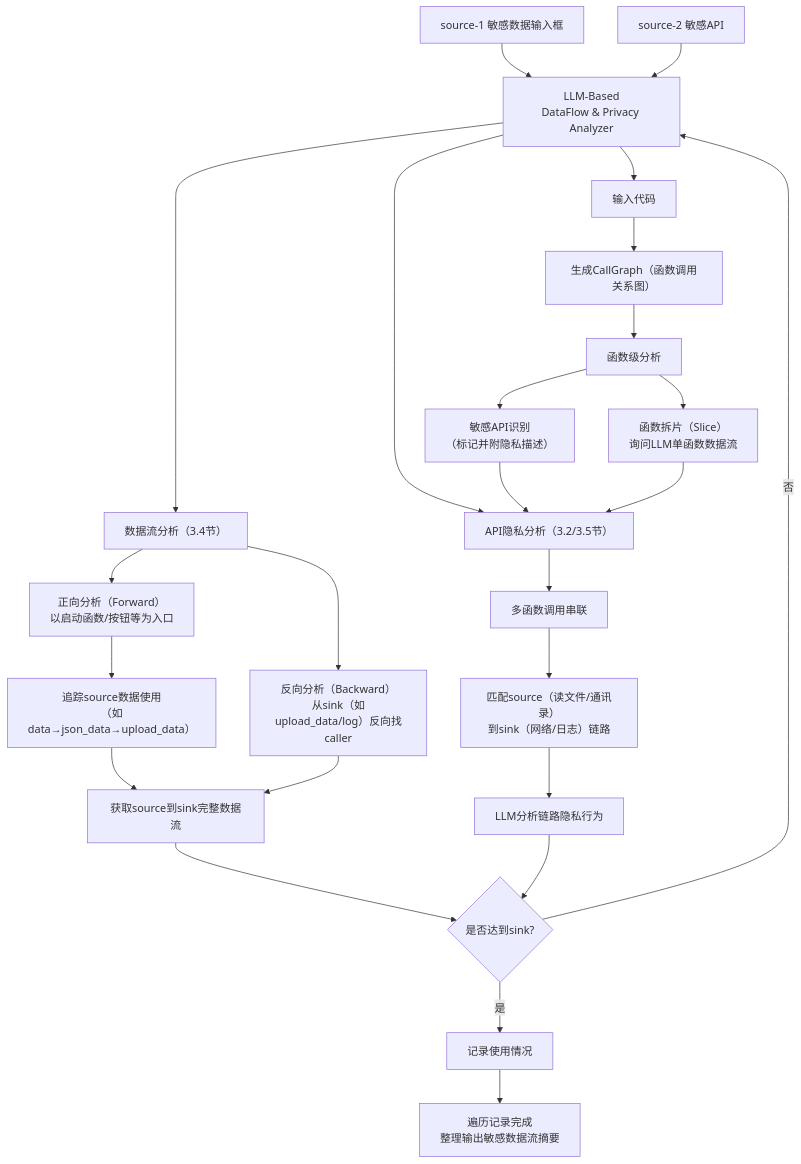
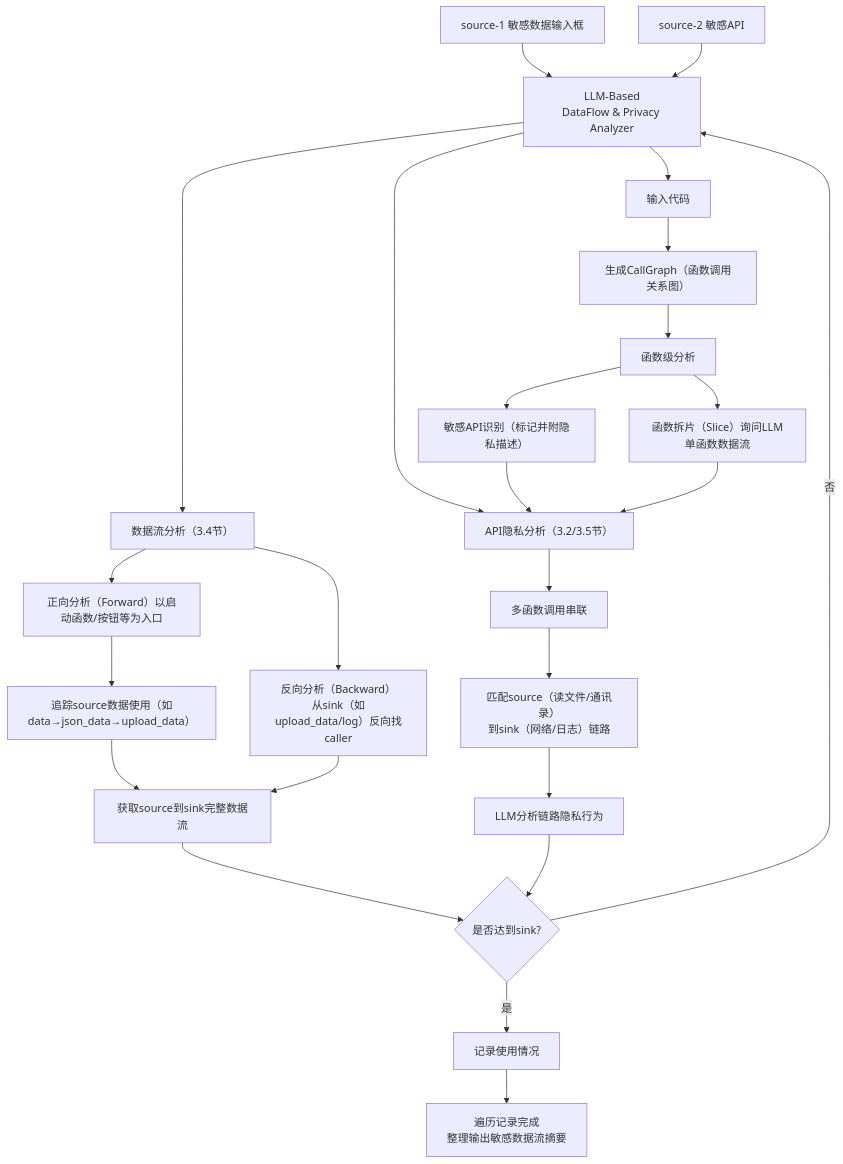
Before and after one commit to WriteStone/iodraw-files: the diagram in all/未命名.md, drawn with Mermaid.

Commit message:
2025-09-08 20:37:29 update

````diff
--- a/all/未命名.md
+++ b/all/未命名.md
@@ -1,33 +1,33 @@
 ```mermaid
 flowchart TD
     %% 左侧数据源
     A[source-1 敏感数据输入框] --> B[LLM-Based DataFlow & Privacy Analyzer]
     C[source-2 敏感API] --> B
     
     %% 分析器核心处理
     B --> D[输入代码]
     D --> E[生成CallGraph（函数调用关系图）]
     E --> F[函数级分析]
-    F --> G1[敏感API识别\n（标记并附隐私描述）]
-    F --> G2[函数拆片（Slice）\n询问LLM单函数数据流]
+    F --> G1[敏感API识别（标记并附隐私描述）]
+    F --> G2[函数拆片（Slice）询问LLM单函数数据流]
     
     %% 数据流分析分支（3.4节）
     B --> H[数据流分析（3.4节）]
-    H --> H1[正向分析（Forward）\n以启动函数/按钮等为入口]
-    H1 --> H2[追踪source数据使用\n（如data→json_data→upload_data）]
+    H --> H1[正向分析（Forward）以启动函数/按钮等为入口]
+    H1 --> H2[追踪source数据使用（如data→json_data→upload_data）]
     H --> H3[反向分析（Backward）\n从sink（如upload_data/log）反向找caller]
     H2 & H3 --> H4[获取source到sink完整数据流]
     
     %% 隐私分析分支（3.2/3.5节）
     B --> I[API隐私分析（3.2/3.5节）]
     G1 & G2 --> I
     I --> I1[多函数调用串联]
     I1 --> I2[匹配source（读文件/通讯录）\n到sink（网络/日志）链路]
     I2 --> I3[LLM分析链路隐私行为]
     
     %% 决策与输出
     H4 & I3 --> J{是否达到sink?}
     J -- 否 --> B[LLM-Based\nDataFlow & Privacy Analyzer]
     J -- 是 --> K[记录使用情况]
     K --> L[遍历记录完成\n整理输出敏感数据流摘要]
 ```
````
